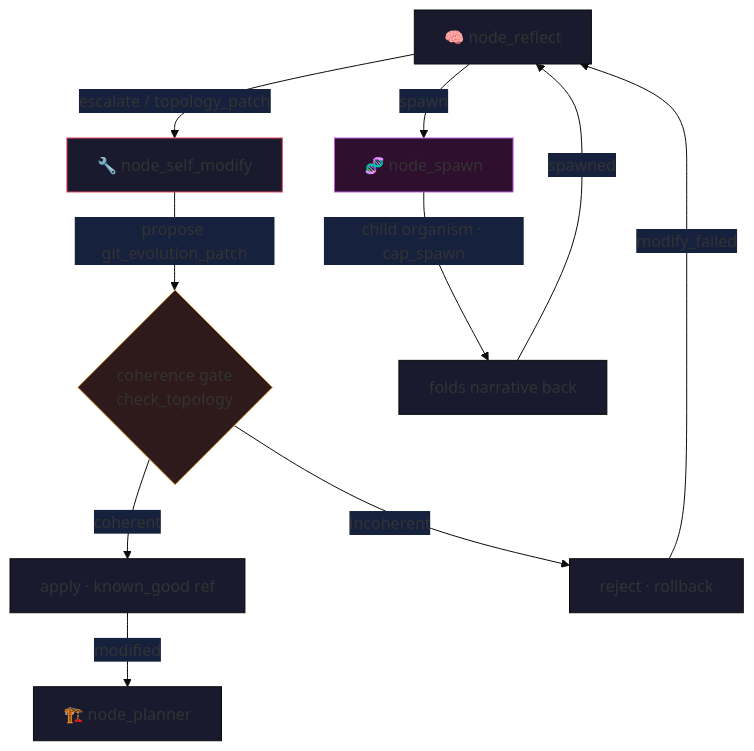
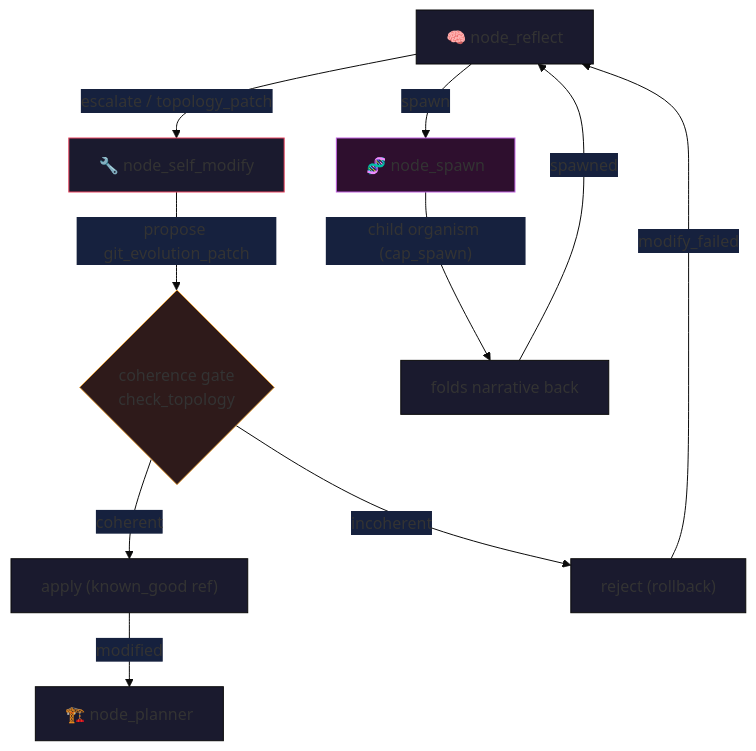
The third of 3 diagrams in README.md (wgabrys88/endgame-ai), drawn with Mermaid before and after one commit. The commit also changed other lines of this file, not shown here.

Commit message:
docs: fix mermaid render on GitHub (parser-safe edge labels + node text)
GitHub's mermaid renderer failed ('Cannot read properties of undefined
(reading render)') on three diagrams. Root causes, now fixed — not emojis:
- literal '\n' inside a {} node (GATE{coherence gate\ncheck_topology}) — the
  hard crash; replaced with a quoted label using <br/>.
- unquoted '/' and middot '·' inside pipe edge-labels ('join · arity 3',
  'halt · chosen', 'escalate / topology_patch', 'child organism · cap_spawn',
  'apply · known_good ref', 'reject · rollback'); quoted the labels / node text
  so the parser stops choking on the separators.
Emojis in node text are valid and left intact. Verified: no remaining middot or
literal \n; the only '/' left are in prose table cells (not mermaid); the only
diagram {} is the now-quoted GATE node plus valid %%{init}%% config; fences
balanced; whitelist byte-identical.

````diff
--- a/README.md
+++ b/README.md
@@ -134,16 +134,16 @@
 ```mermaid
 %%{init: {'theme': 'base', 'themeVariables': {'primaryColor': '#1a1a2e', 'edgeLabelBackground':'#16213e'}}}%%
 graph TD
-    R[🧠 node_reflect] -->|escalate / topology_patch| SM[🔧 node_self_modify]
-    SM -->|propose git_evolution_patch| GATE{coherence gate\ncheck_topology}
-    GATE -->|coherent| APPLY[apply · known_good ref]
-    GATE -->|incoherent| REJECT[reject · rollback]
+    R[🧠 node_reflect] -->|"escalate / topology_patch"| SM[🔧 node_self_modify]
+    SM -->|"propose git_evolution_patch"| GATE{"coherence gate<br/>check_topology"}
+    GATE -->|coherent| APPLY["apply (known_good ref)"]
+    GATE -->|incoherent| REJECT["reject (rollback)"]
     APPLY -->|modified| P[🏗️ node_planner]
     REJECT -->|modify_failed| R
     R -->|spawn| SP[🧬 node_spawn]
-    SP -->|child organism · cap_spawn| SP2[folds narrative back]
+    SP -->|"child organism (cap_spawn)"| SP2[folds narrative back]
     SP2 -->|spawned| R
     style SM fill:#1a1a2e,stroke:#e94560
     style SP fill:#2e0f2e,stroke:#c060e0
     style GATE fill:#2e1a1a,stroke:#e9a545
 ```
````
